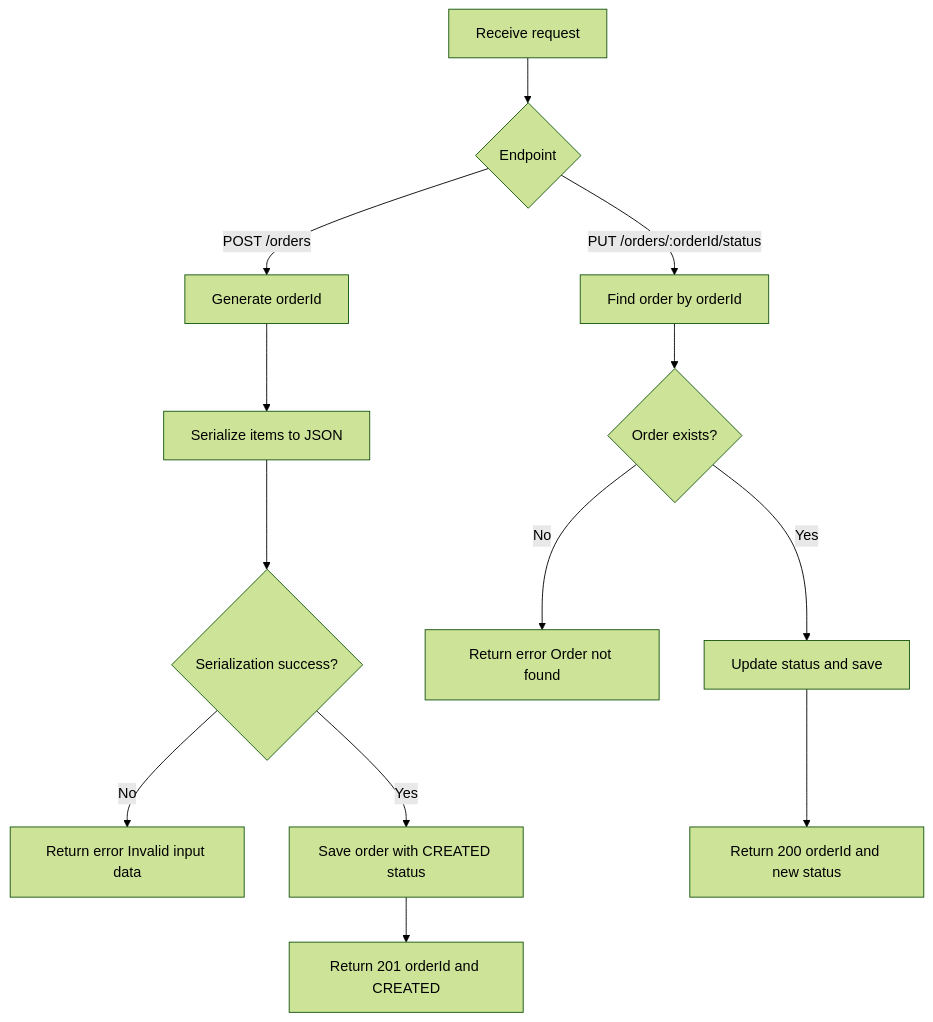
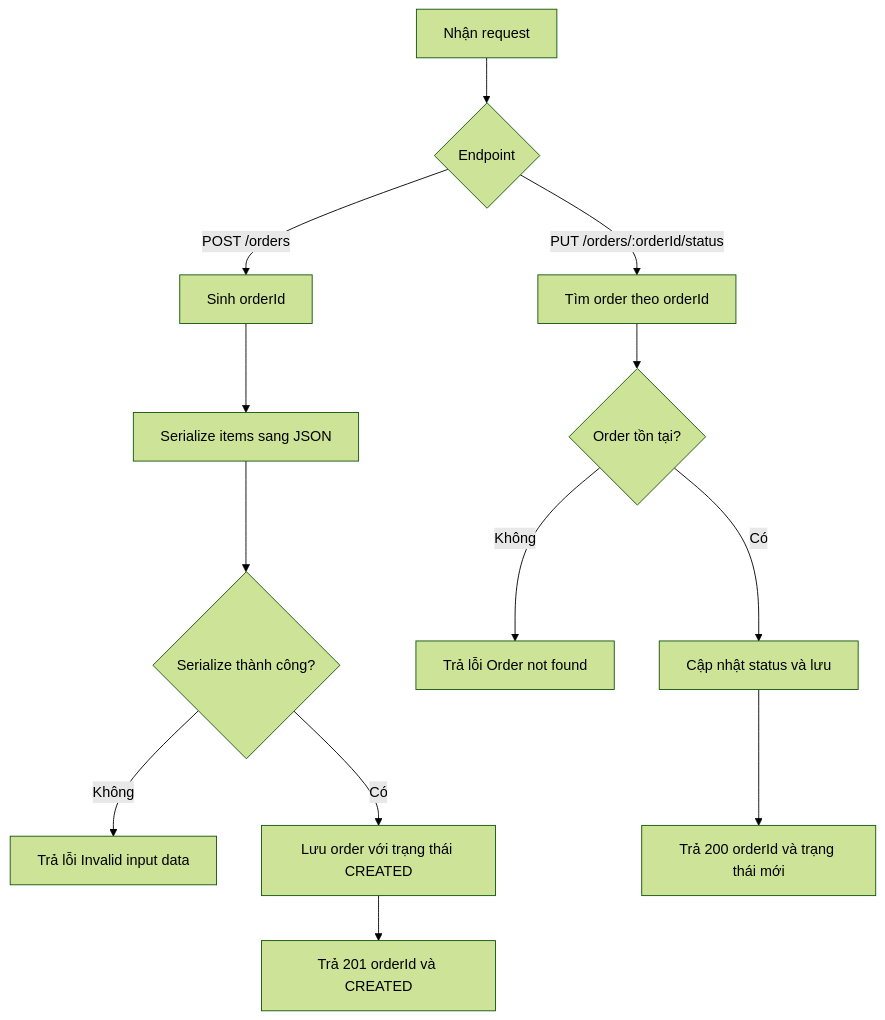
The fifth of 6 diagrams in docs/analysis-and-design.md (Dung1409/mid---proj), drawn with Mermaid (forest theme) before and after one commit. The commit also changed other lines of this file, not shown here.

````diff
--- a/docs/analysis-and-design.md
+++ b/docs/analysis-and-design.md
@@ -298,16 +298,16 @@
 ```mermaid
 flowchart TD
-    A[Receive request] --> B{Endpoint}
-    B -->|POST /orders| C[Generate orderId]
-    C --> D[Serialize items to JSON]
-    D --> E{Serialization success?}
-    E -->|No| F[Return error Invalid input data]
-    E -->|Yes| G[Save order with CREATED status]
-    G --> H[Return 201 orderId and CREATED]
+    A[Nhận request] --> B{Endpoint}
+    B -->|POST /orders| C[Sinh orderId]
+    C --> D[Serialize items sang JSON]
+    D --> E{Serialize thành công?}
+    E -->|Không| F[Trả lỗi Invalid input data]
+    E -->|Có| G[Lưu order với trạng thái CREATED]
+    G --> H[Trả 201 orderId và CREATED]
 
-    B -->|PUT /orders/:orderId/status| I[Find order by orderId]
-    I --> J{Order exists?}
-    J -->|No| K[Return error Order not found]
-    J -->|Yes| L[Update status and save]
-    L --> M[Return 200 orderId and new status]
+    B -->|PUT /orders/:orderId/status| I[Tìm order theo orderId]
+    I --> J{Order tồn tại?}
+    J -->|Không| K[Trả lỗi Order not found]
+    J -->|Có| L[Cập nhật status và lưu]
+    L --> M[Trả 200 orderId và trạng thái mới]
 ```
````
